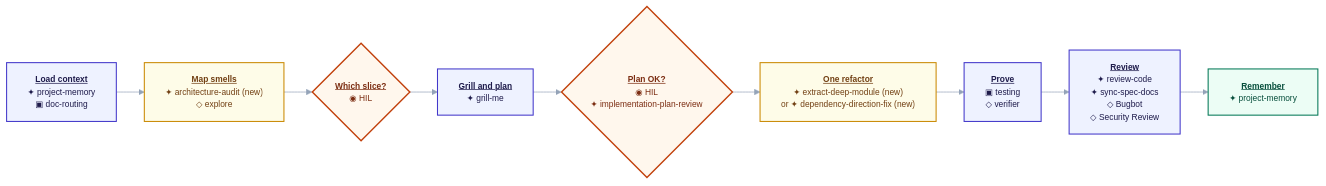
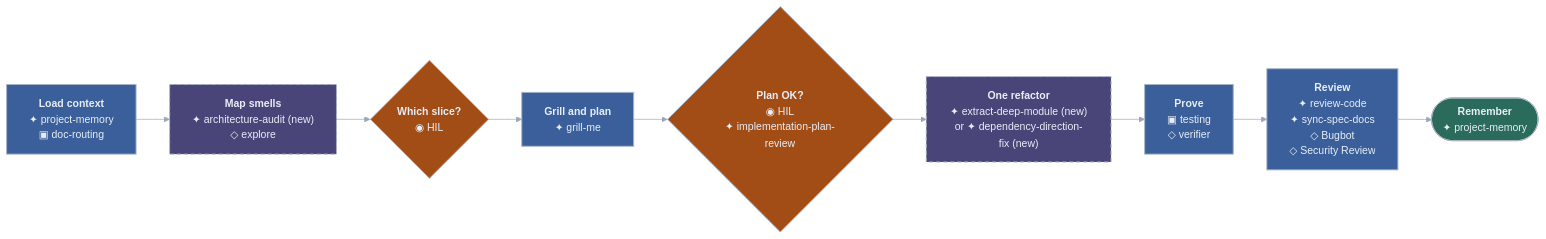
Before and after one commit to RaphaelBecker/cursor-harness: the tenth of 14 diagrams in README.md, drawn with Mermaid. The commit also changed other lines of this file and 12 other files, not shown here.

````diff
--- a/README.md
+++ b/README.md
@@ -608,24 +586,24 @@
 ```mermaid
-%%{init: {"theme":"base","themeVariables":{"fontFamily":"ui-sans-serif,system-ui,sans-serif","fontSize":"12px","lineColor":"#94a3b8"},"flowchart":{"curve":"basis","htmlLabels":true,"nodeSpacing":22,"rankSpacing":40}}}%%
+%%{init: {"theme":"base","themeVariables":{"darkMode":true,"fontFamily":"ui-sans-serif, system-ui, -apple-system, Segoe UI, sans-serif","fontSize":"15px","background":"#2B313C","lineColor":"#9AA6B8","textColor":"#9AA6B8","primaryTextColor":"#E8EEF7","edgeLabelBackground":"#2B313C"},"flowchart":{"curve":"basis","htmlLabels":true,"nodeSpacing":31,"rankSpacing":48,"padding":16,"useMaxWidth":true}}}%%
 flowchart LR
-  a1["<b><u>Load context</u></b><br/>✦ project-memory<br/>▣ doc-routing"]
-  a2["<b><u>Map smells</u></b><br/>✦ architecture-audit (new)<br/>◇ explore"]
-  a3{"<b><u>Which slice?</u></b><br/>◉ HIL"}
-  a4["<b><u>Grill and plan</u></b><br/>✦ grill-me"]
-  a5{"<b><u>Plan OK?</u></b><br/>◉ HIL<br/>✦ implementation-plan-review"}
-  a6["<b><u>One refactor</u></b><br/>✦ extract-deep-module (new)<br/>or ✦ dependency-direction-fix (new)"]
-  a7["<b><u>Prove</u></b><br/>▣ testing<br/>◇ verifier"]
-  a8["<b><u>Review</u></b><br/>✦ review-code<br/>✦ sync-spec-docs<br/>◇ Bugbot<br/>◇ Security Review"]
-  a9["<b><u>Remember</u></b><br/>✦ project-memory"]
+  a1["<b>Load context</b><br/>✦ project-memory<br/>▣ doc-routing"]
+  a2["<b>Map smells</b><br/>✦ architecture-audit (new)<br/>◇ explore"]
+  a3{"<b>Which slice?</b><br/>◉ HIL"}
+  a4["<b>Grill and plan</b><br/>✦ grill-me"]
+  a5{"<b>Plan OK?</b><br/>◉ HIL<br/>✦ implementation-plan-review"}
+  a6["<b>One refactor</b><br/>✦ extract-deep-module (new)<br/>or ✦ dependency-direction-fix (new)"]
+  a7["<b>Prove</b><br/>▣ testing<br/>◇ verifier"]
+  a8["<b>Review</b><br/>✦ review-code<br/>✦ sync-spec-docs<br/>◇ Bugbot<br/>◇ Security Review"]
+  a9(["<b>Remember</b><br/>✦ project-memory"])
 
   a1 --> a2 --> a3 --> a4 --> a5 --> a6 --> a7 --> a8 --> a9
 
-  classDef skill fill:#eef2ff,stroke:#4338ca,stroke-width:1.5px,color:#1e1b4b
-  classDef proposed fill:#fefce8,stroke:#ca8a04,stroke-width:1.5px,color:#713f12
-  classDef hil fill:#fff7ed,stroke:#c2410c,stroke-width:2px,color:#7c2d12
-  classDef done fill:#ecfdf5,stroke:#047857,stroke-width:1.5px,color:#064e3b
+  classDef skill fill:#3A5F9A,stroke:#A8B4C4,stroke-width:1.4px,color:#E8EEF7
+  classDef proposed fill:#4A4578,stroke:#A8B4C4,stroke-width:1.4px,color:#E8EEF7,stroke-dasharray:6 4
+  classDef hil fill:#A34D16,stroke:#A8B4C4,stroke-width:1.4px,color:#E8EEF7
+  classDef done fill:#2A6B5C,stroke:#A8B4C4,stroke-width:1.4px,color:#E8EEF7
   class a1,a4,a7,a8 skill
   class a2,a6 proposed
   class a3,a5 hil
   class a9 done
 ```
````
